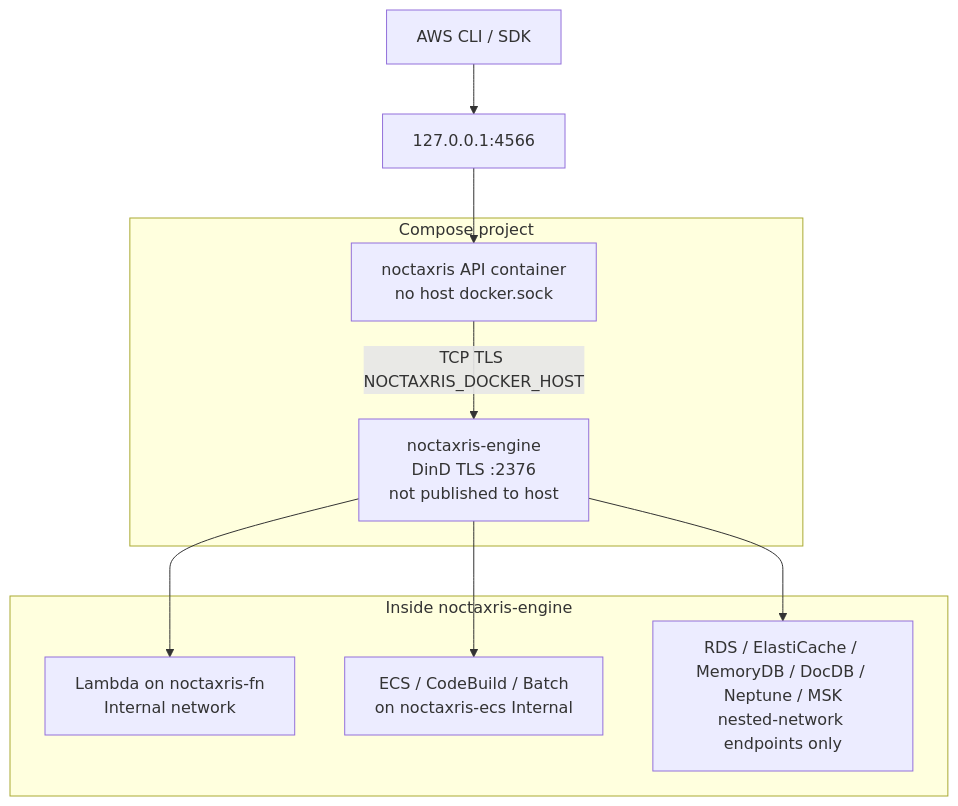
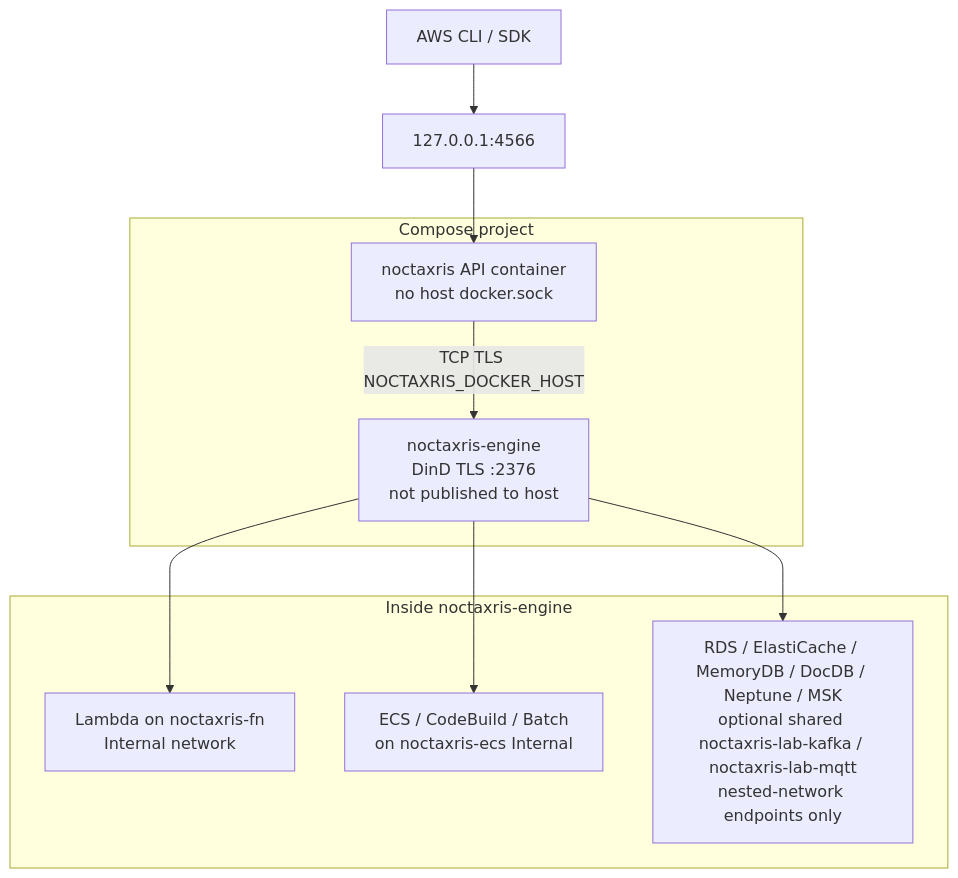
The first of 2 diagrams in docs/architecture.md (Kyaxris-Labs/Noctaxris), drawn with Mermaid before and after one commit. The commit also changed other lines of this file and 41 other files, not shown here.

First line of the commit message:
Update dependencies and enhance documentation for shared Kafka and MQTT support

````diff
--- a/docs/architecture.md
+++ b/docs/architecture.md
@@ -11,22 +11,22 @@
 ```mermaid
 flowchart TB
   Client["AWS CLI / SDK"]
   HostPort["127.0.0.1:4566"]
 
   subgraph Compose["Compose project"]
     API["noctaxris API container<br/>no host docker.sock"]
     Engine["noctaxris-engine<br/>DinD TLS :2376<br/>not published to host"]
   end
 
   subgraph Nested["Inside noctaxris-engine"]
     FnNet["Lambda on noctaxris-fn<br/>Internal network"]
     EcsNet["ECS / CodeBuild / Batch<br/>on noctaxris-ecs Internal"]
-    DataNet["RDS / ElastiCache / MemoryDB / DocDB / Neptune / MSK<br/>nested-network endpoints only"]
+    DataNet["RDS / ElastiCache / MemoryDB / DocDB / Neptune / MSK<br/>optional shared noctaxris-lab-kafka / noctaxris-lab-mqtt<br/>nested-network endpoints only"]
   end
 
   Client --> HostPort --> API
   API -->|"TCP TLS NOCTAXRIS_DOCKER_HOST"| Engine
   Engine --> FnNet
   Engine --> EcsNet
   Engine --> DataNet
 ```
````
